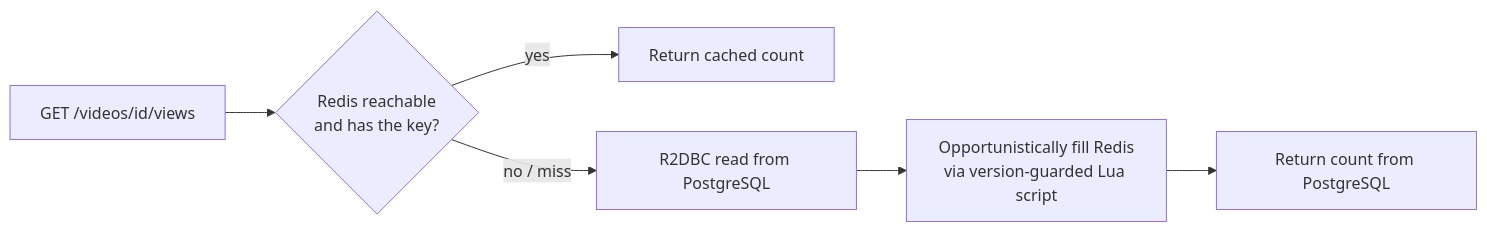
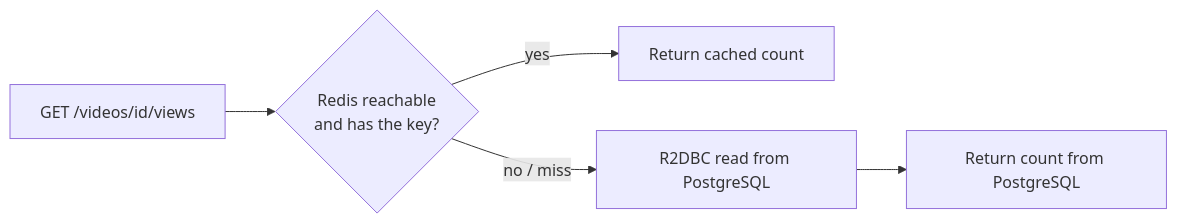
The diagram in README.md (omidrahmanidev/distributed-counter), drawn with Mermaid before and after one commit. The commit also changed other lines of this file and 43 other files, not shown here.

````diff
--- a/README.md
+++ b/README.md
@@ -140,10 +139,8 @@
 ```mermaid
 flowchart LR
     R[GET /videos/id/views] --> Q{Redis reachable
 and has the key?}
 Q -- yes --> H[Return cached count]
 Q -- no / miss --> D[R2DBC read from PostgreSQL]
-D --> F[Opportunistically fill Redis
-via version-guarded Lua script]
-F --> H2[Return count from PostgreSQL]
+D --> H2[Return count from PostgreSQL]
 ```
````
